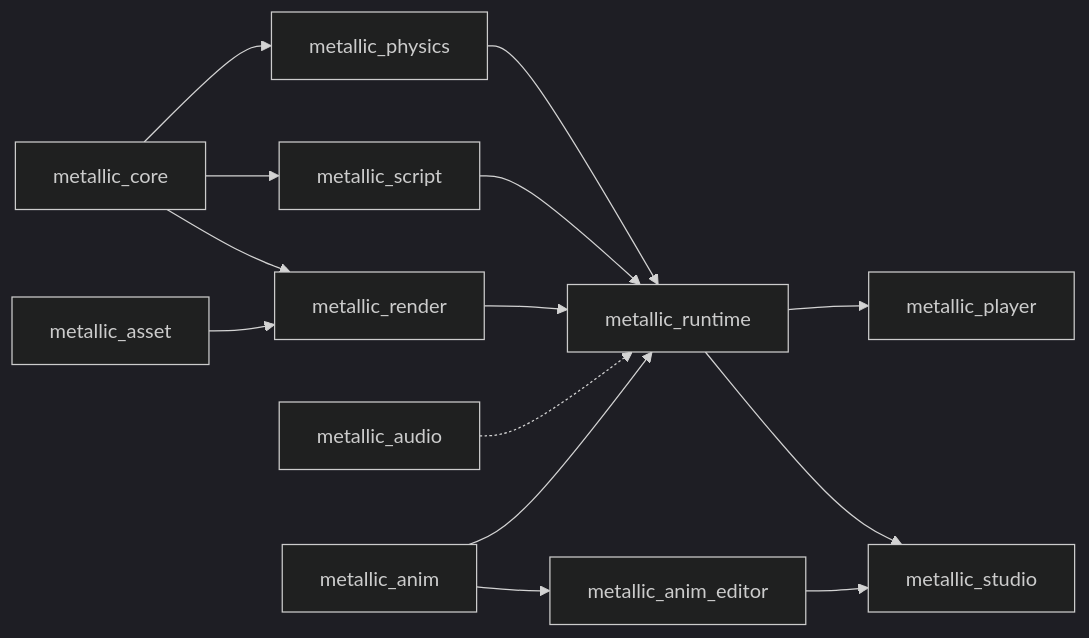
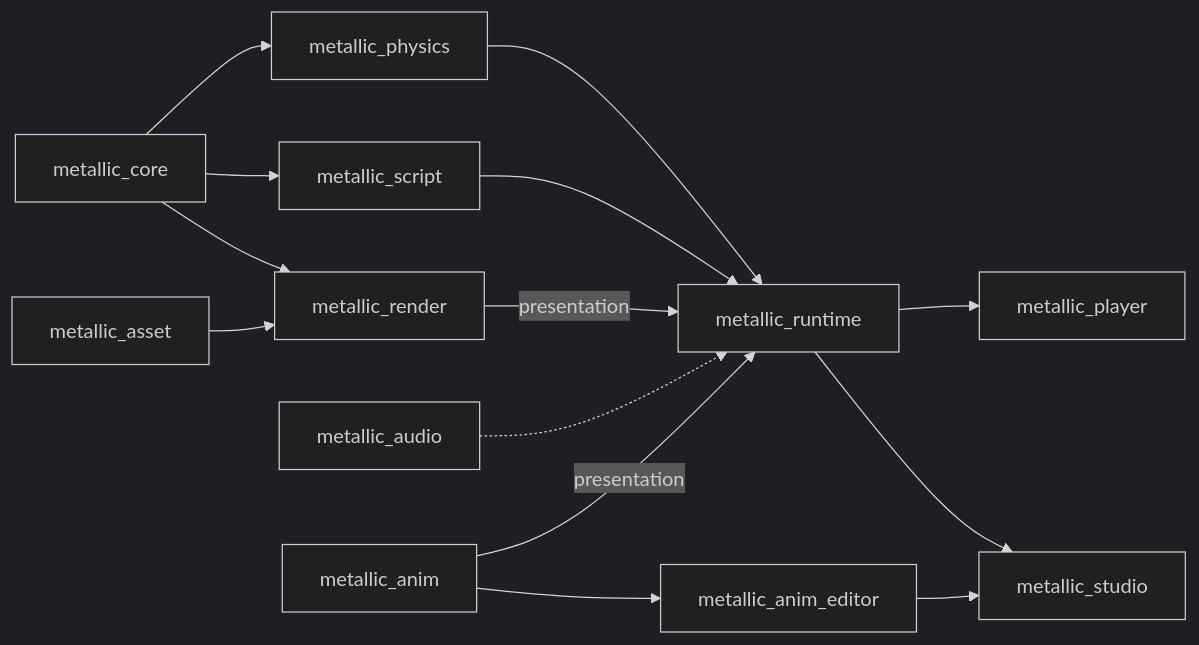
Before and after one commit to Metallic-Club/studio: the diagram in ARCHITECTURE.md, drawn with Mermaid (dark theme). The commit also changed 6 other files, not shown here.

````diff
--- a/ARCHITECTURE.md
+++ b/ARCHITECTURE.md
@@ -6,16 +6,16 @@
 ```mermaid
 graph LR
   core[metallic_core] --> physics[metallic_physics]
   core --> script[metallic_script]
   core --> render[metallic_render]
   asset[metallic_asset] --> render
   physics --> runtime[metallic_runtime]
   script --> runtime
-  render --> runtime
+  render -- presentation --> runtime
   audio[metallic_audio] -.-> runtime
   runtime --> player[metallic_player]
   runtime --> studio[metallic_studio]
-  anim[metallic_anim] --> runtime
+  anim[metallic_anim] -- presentation --> runtime
   anim --> animed[metallic_anim_editor]
   animed --> studio
 ```
````
